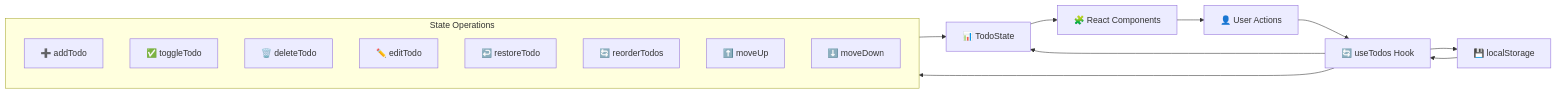
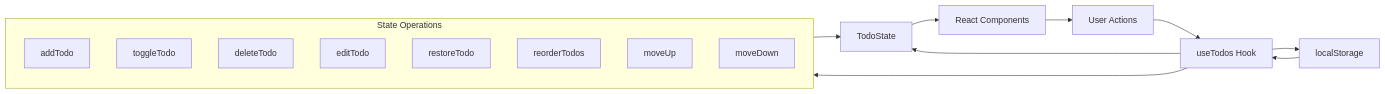
Before and after one commit to mikiwiik/instructions-only-claude-coding: the second of 2 diagrams in docs/diagrams/architecture-flow.md, drawn with Mermaid. The commit also changed other lines of this file and 1 other file, not shown here.

First line of the commit message:
fix: make Mermaid diagrams GitHub-compatible and add workflow guidelines

````diff
--- a/docs/diagrams/architecture-flow.md
+++ b/docs/diagrams/architecture-flow.md
@@ -131,25 +118,23 @@
 ```mermaid
 graph LR
-    %% State Flow
-    LocalStorage[💾 localStorage] --> useTodos[🔄 useTodos Hook]
-    useTodos --> TodoState[📊 TodoState]
-    TodoState --> Components[🧩 React Components]
-    Components --> UserActions[👤 User Actions]
+    LocalStorage[localStorage] --> useTodos[useTodos Hook]
+    useTodos --> TodoState[TodoState]
+    TodoState --> Components[React Components]
+    Components --> UserActions[User Actions]
     UserActions --> useTodos
     useTodos --> LocalStorage
 
-    %% State Operations
-    subgraph StateOps["State Operations"]
-        AddTodo[➕ addTodo]
-        ToggleTodo[✅ toggleTodo]
-        DeleteTodo[🗑️ deleteTodo]
-        EditTodo[✏️ editTodo]
-        RestoreTodo[↩️ restoreTodo]
-        ReorderTodos[🔄 reorderTodos]
-        MoveUp[⬆️ moveUp]
-        MoveDown[⬇️ moveDown]
+    subgraph StateOps[State Operations]
+        AddTodo[addTodo]
+        ToggleTodo[toggleTodo]
+        DeleteTodo[deleteTodo]
+        EditTodo[editTodo]
+        RestoreTodo[restoreTodo]
+        ReorderTodos[reorderTodos]
+        MoveUp[moveUp]
+        MoveDown[moveDown]
     end
 
     useTodos --> StateOps
     StateOps --> TodoState
 ```
````
